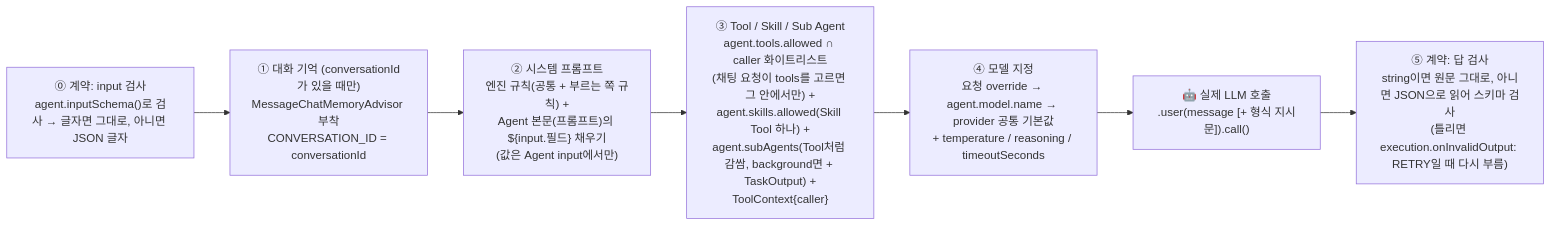
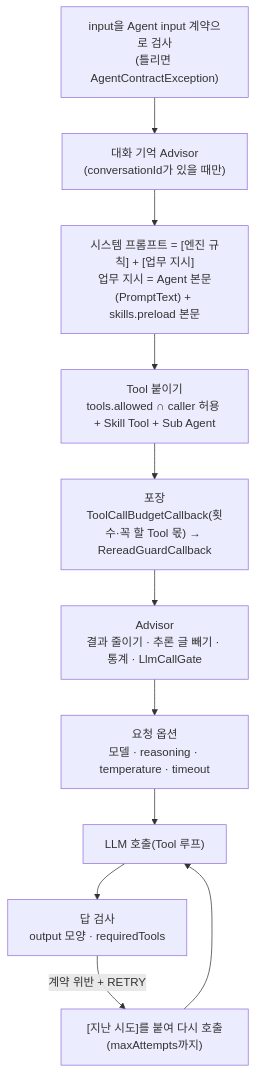
Before and after one commit to YongSoekChoeng/dstone: the ninth of 11 diagrams in docs/09.dstone-ai-engine.md, drawn with Mermaid. The commit also changed other lines of this file and 9 other files, not shown here.

````diff
--- a/docs/09.dstone-ai-engine.md
+++ b/docs/09.dstone-ai-engine.md
@@ -895,10 +599,13 @@
 ```mermaid
-flowchart LR
-    S0["⓪ 계약: input 검사\nagent.inputSchema()로 검사 → 글자면 그대로, 아니면 JSON 글자"] --> S1
-    S1["① 대화 기억 (conversationId가 있을 때만)\nMessageChatMemoryAdvisor 부착\nCONVERSATION_ID = conversationId"] --> S2
-    S2["② 시스템 프롬프트\n엔진 규칙(공통 + 부르는 쪽 규칙) +\nAgent 본문(프롬프트)의 ${input.필드} 채우기\n(값은 Agent input에서만)"] --> S3
-    S3["③ Tool / Skill / Sub Agent\nagent.tools.allowed ∩ caller 화이트리스트\n(채팅 요청이 tools를 고르면 그 안에서만) +\nagent.skills.allowed(Skill Tool 하나) +\nagent.subAgents(Tool처럼 감쌈, background면 + TaskOutput) +\nToolContext{caller}"] --> S4
-    S4["④ 모델 지정\n요청 override → agent.model.name → provider 공통 기본값\n+ temperature / reasoning / timeoutSeconds"] --> LLM
-    LLM["🤖 실제 LLM 호출\n.user(message [+ 형식 지시문]).call()"] --> S5
-    S5["⑤ 계약: 답 검사\nstring이면 원문 그대로, 아니면 JSON으로 읽어 스키마 검사\n(틀리면 execution.onInvalidOutput: RETRY일 때 다시 부름)"]
+flowchart TD
+    A["input을 Agent input 계약으로 검사<br/>(틀리면 AgentContractException)"] --> B["대화 기억 Advisor<br/>(conversationId가 있을 때만)"]
+    B --> C["시스템 프롬프트 = [엔진 규칙] + [업무 지시]<br/>업무 지시 = Agent 본문(PromptText) + skills.preload 본문"]
+    C --> D["Tool 붙이기<br/>tools.allowed ∩ caller 허용 + Skill Tool + Sub Agent"]
+    D --> E["포장<br/>ToolCallBudgetCallback(횟수·꼭 할 Tool 몫) → RereadGuardCallback"]
+    E --> F["Advisor<br/>결과 줄이기 · 추론 글 빼기 · 통계 · LlmCallGate"]
+    F --> G["요청 옵션<br/>모델 · reasoning · temperature · timeout"]
+    G --> H["LLM 호출(Tool 루프)"]
+    H --> I["답 검사<br/>output 모양 · requiredTools"]
+    I -->|"계약 위반 + RETRY"| J["[지난 시도]를 붙여 다시 호출(maxAttempts까지)"]
+    J --> H
 ```
````
